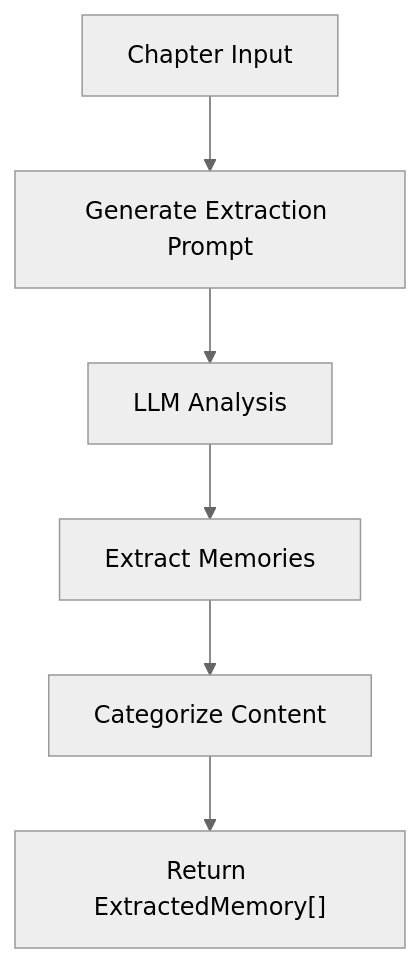
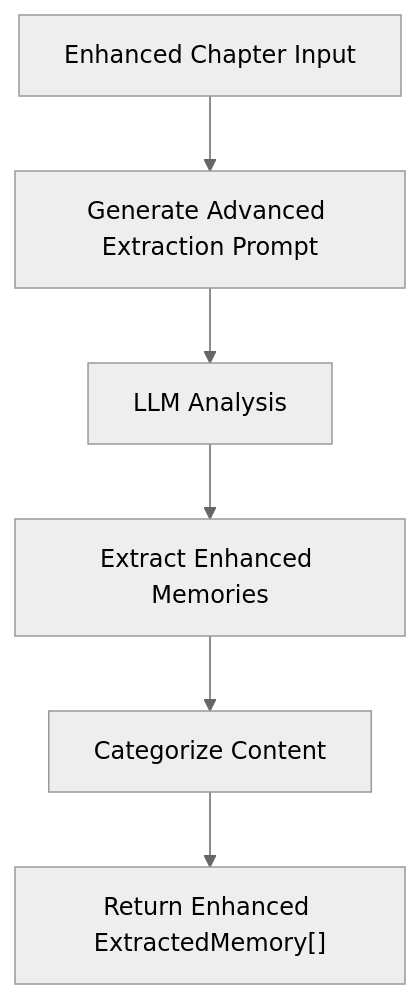
The fifth of 13 diagrams in .qoder/repowiki/en/content/Memory Management System/Memory Management System.md (liwonder/NARRITIVE_OS), drawn with Mermaid (neutral theme) before and after one commit. The commit also changed other lines of this file and 12 other files, not shown here.

````diff
--- a/.qoder/repowiki/en/content/Memory Management System/Memory Management System.md
+++ b/.qoder/repowiki/en/content/Memory Management System/Memory Management System.md
@@ -315,8 +318,8 @@
 ```mermaid
 flowchart TD
-A["Chapter Input"] --> B["Generate Extraction Prompt"]
+A["Enhanced Chapter Input"] --> B["Generate Advanced Extraction Prompt"]
 B --> C["LLM Analysis"]
-C --> D["Extract Memories"]
+C --> D["Extract Enhanced Memories"]
 D --> E["Categorize Content"]
-E --> F["Return ExtractedMemory[]"]
+E --> F["Return Enhanced ExtractedMemory[]"]
 ```
````
